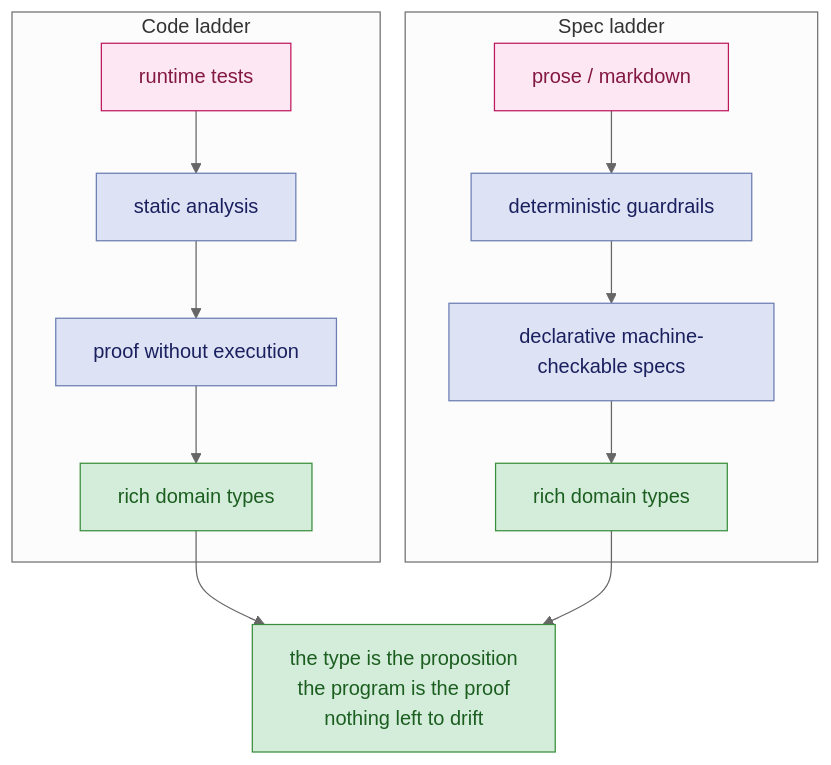
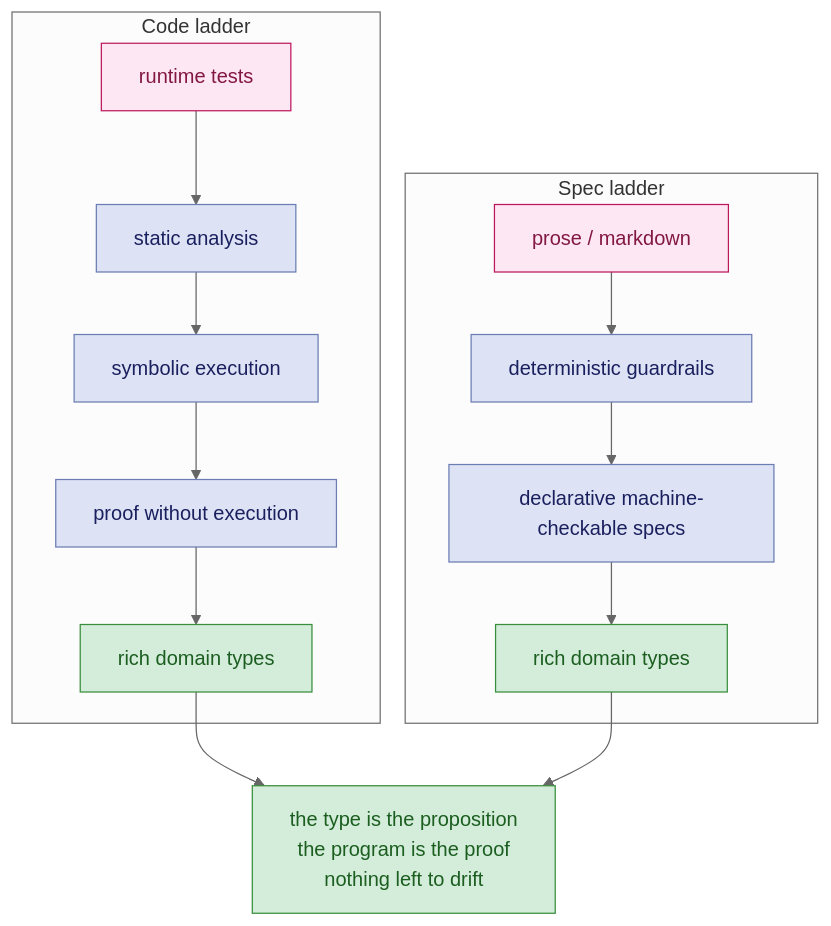
Before and after one commit to asengupta/avishek.net: the first of 2 diagrams in _posts/2026-08-24-rigour-by-design.md, drawn with Mermaid (neutral theme). The commit also changed other lines of this file and 1 other file, not shown here.

````diff
--- a/_posts/2026-08-24-rigour-by-design.md
+++ b/_posts/2026-08-24-rigour-by-design.md
@@ -256,21 +270,22 @@
 ```mermaid
 flowchart TD
     subgraph CODE[Code ladder]
         R1[runtime tests] --> R2[static analysis]
-        R2 --> R3[proof without execution]
-        R3 --> TOP1[rich domain types]
+        R2 --> R3[symbolic execution]
+        R3 --> R4[proof without execution]
+        R4 --> TOP1[rich domain types]
     end
     subgraph SPEC[Spec ladder]
         S1[prose / markdown] --> S2[deterministic guardrails]
         S2 --> S3[declarative machine-checkable specs]
         S3 --> TOP2[rich domain types]
     end
     TOP1 --> CONV[the type is the proposition\nthe program is the proof\nnothing left to drift]
     TOP2 --> CONV
 
     classDef default fill:#dde3f5,stroke:#6b7db3,color:#1a1f5e
     classDef bad fill:#fce7f3,stroke:#be185d,color:#831843
     classDef good fill:#d4edda,stroke:#388e3c,color:#1b5e20
     class R1,S1 bad
     class TOP1,TOP2,CONV good
 ```
````
